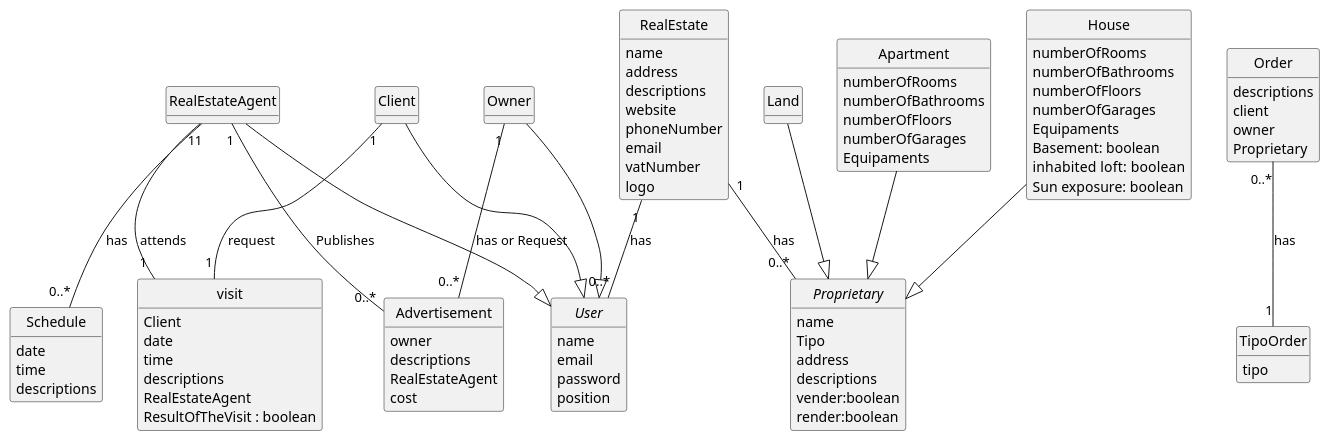
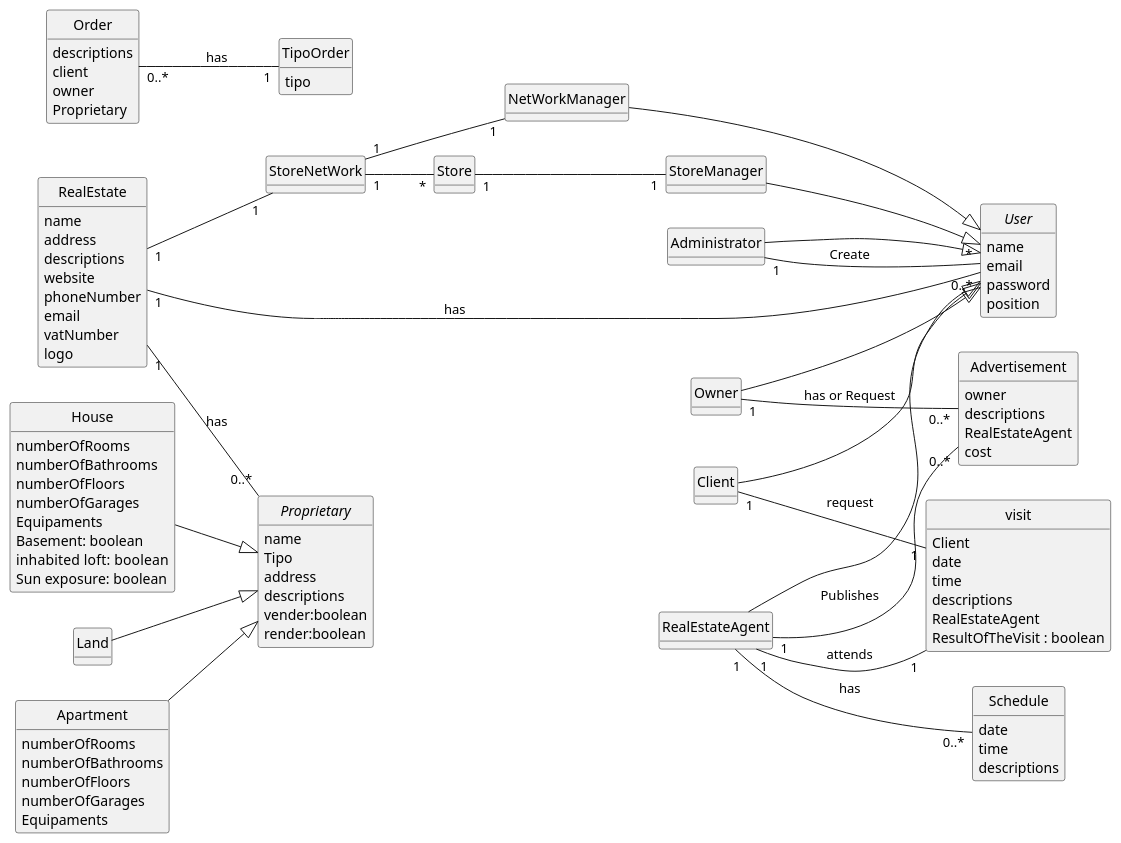
One commit to hugosilva2901/lei-22-s2-1DO-g68 changed the diagram in lei-22-s2-1do-g68/docs/sprintA/global-artifacts/02.analysis/puml/project-domain-model.puml. Above: the diagram before and after it, drawn with PlantUML. The commit also changed 1 other file, not shown here.

```diff
--- a/lei-22-s2-1do-g68/docs/sprintA/global-artifacts/02.analysis/puml/project-domain-model.puml
+++ b/lei-22-s2-1do-g68/docs/sprintA/global-artifacts/02.analysis/puml/project-domain-model.puml
@@ -1,120 +1,143 @@
 @startuml
 skinparam monochrome true
 skinparam packageStyle rectangle
 skinparam shadowing false
 'skinparam linetype ortho
 'left to right direction
 skinparam classAttributeIconSize 0
 hide circle
 hide methods
+left to right direction
+
 
 'title Domain Model
 
 'class Platform {
 '  -description
 '}
 
 class RealEstate {
     name
     address
     descriptions
     website
     phoneNumber
     email
     vatNumber
     logo
 }
-
-
 class RealEstateAgent {
 
 }
 class Client {
 
 }
 class Owner {
 
 }
 abstract class User {
     name
     email
     password
     position
 }
 abstract class Proprietary {
     name
     Tipo
     address
     descriptions
     vender:boolean
     render:boolean
 }
 class Land{
 }
 
 class Apartment{
 numberOfRooms
 numberOfBathrooms
 numberOfFloors
 numberOfGarages
 Equipaments
 
 }
 class House{
 numberOfRooms
     numberOfBathrooms
     numberOfFloors
     numberOfGarages
     Equipaments
     Basement: boolean
     inhabited  loft: boolean
     Sun exposure: boolean
 
 }
 class Advertisement{
     owner
     descriptions
     RealEstateAgent
     cost
 }
 class Schedule{
     date
     time
     descriptions
 }
 class visit{
     Client
     date
     time
     descriptions
     RealEstateAgent
     ResultOfTheVisit : boolean
 }
 class Order{
     descriptions
     client
     owner
     Proprietary
 
 }
 
 enum TipoOrder{
 tipo
 }
+class StoreNetWork{
+
+}
+class Store{
+}
+class StoreManager{
+}
+class NetWorkManager{
+}
+class Administrator{
+}
+
+
+RealEstate "1"--"1" StoreNetWork
+StoreNetWork "1"--"*" Store
+Store "1"--"1" StoreManager
+StoreNetWork "1"--"1" NetWorkManager
+
+Administrator "1"--"*" User : Create
+
+Administrator --|> User
+StoreManager --|> User
+NetWorkManager --|> User
 RealEstateAgent  --|>  User
 Owner  --|>  User
 Client  --|>  User
 RealEstate "1"--" 0..*" User : has
 House  --|>  Proprietary
 Apartment  --|>  Proprietary
 RealEstate "1"--"0..*" Proprietary : has
 Land  --|>  Proprietary
 Owner "1"--"0..*"Advertisement : has or Request
 RealEstateAgent "1"--"0..*"Advertisement : Publishes
 Client "1"--"1"visit : request
 RealEstateAgent "1"--"1"visit : attends
 RealEstateAgent "1"--"0..*"Schedule : has
 Order "0..*"--"1" TipoOrder : has
 
 
 @enduml
```
